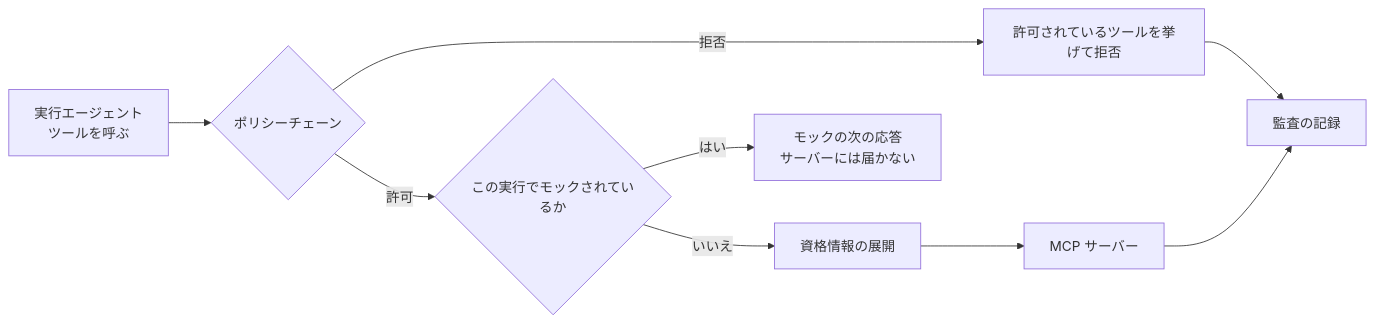
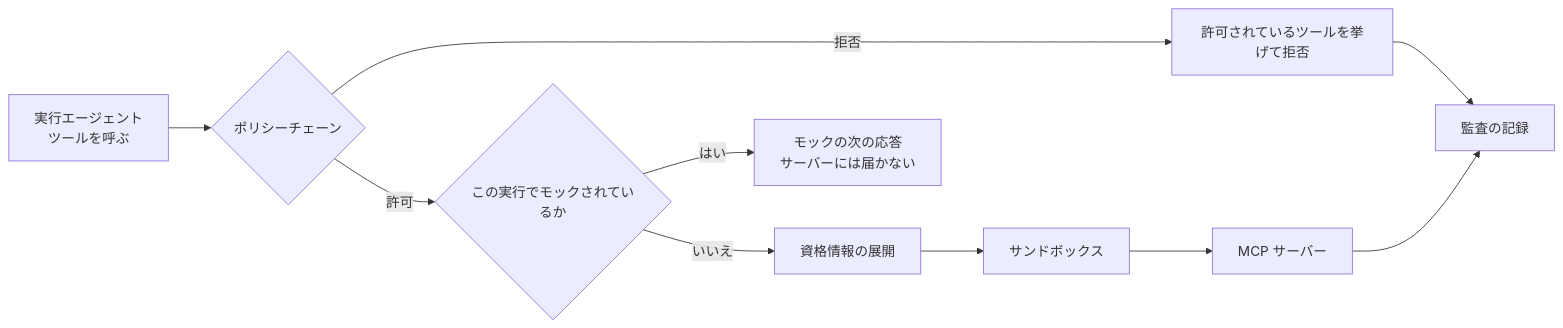
The first of 3 diagrams in website/i18n/ja/docusaurus-plugin-content-docs/current/architecture/mcp-proxy.md (kaitoy/a2flow), drawn with Mermaid before and after one commit. The commit also changed other lines of this file and 9 other files, not shown here.

````diff
--- a/website/i18n/ja/docusaurus-plugin-content-docs/current/architecture/mcp-proxy.md
+++ b/website/i18n/ja/docusaurus-plugin-content-docs/current/architecture/mcp-proxy.md
@@ -10,11 +10,12 @@
 ```mermaid
 flowchart LR
   A["実行エージェント<br/>ツールを呼ぶ"] --> C{"ポリシーチェーン"}
   C -->|"拒否"| R["許可されているツールを挙げて拒否"]
   C -->|"許可"| K{"この実行でモックされているか"}
   K -->|"はい"| MO["モックの次の応答<br/>サーバーには届かない"]
   K -->|"いいえ"| I["資格情報の展開"]
-  I --> S["MCP サーバー"]
+  I --> X["サンドボックス"]
+  X --> S["MCP サーバー"]
   R --> AU["監査の記録"]
   S --> AU
 ```
````
